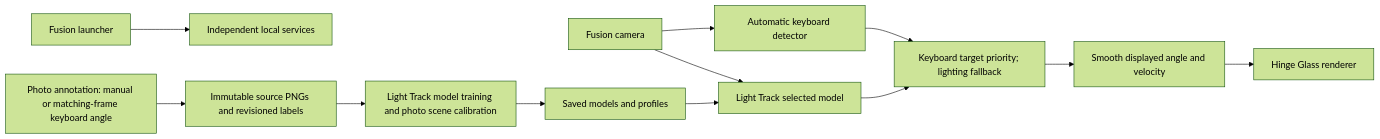
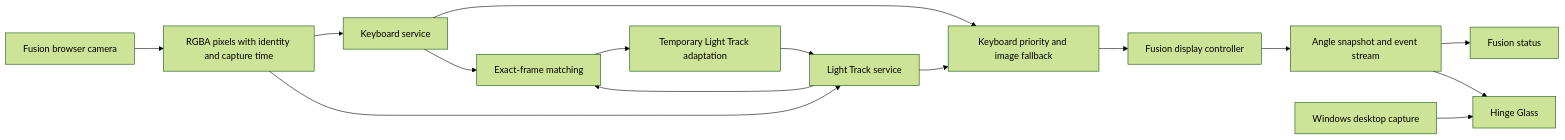
Before and after one commit to Comb1e/windows-turn: the first of 2 diagrams in docs/architecture.md, drawn with Mermaid (forest theme). The commit also changed other lines of this file and 10 other files, not shown here.

Commit message:
docs(architecture): align documentation with current workflows

````diff
--- a/docs/architecture.md
+++ b/docs/architecture.md
@@ -3,14 +17,17 @@
 ```mermaid
 flowchart LR
-  Start[Fusion launcher] --> Services[Independent local services]
-  Annotation[Photo annotation: manual or matching-frame keyboard angle] --> Photos[Immutable source PNGs and revisioned labels]
-  Photos --> Train[Light Track model training and photo scene calibration]
-  Train --> Saved[Saved models and profiles]
-  Camera[Fusion camera] --> Keyboard[Automatic keyboard detector]
-  Camera --> Light[Light Track selected model]
-  Saved --> Light
-  Keyboard --> Fusion[Keyboard target priority; lighting fallback]
-  Light --> Fusion
-  Fusion --> Display[Smooth displayed angle and velocity]
-  Display --> Glass[Hinge Glass renderer]
+  Camera[Fusion browser camera] --> Frames[RGBA pixels with identity and capture time]
+  Frames --> Keyboard[Keyboard service]
+  Frames --> Light[Light Track service]
+  Keyboard --> Select[Keyboard priority and image fallback]
+  Light --> Select
+  Keyboard --> Pair[Exact-frame matching]
+  Light --> Pair
+  Pair --> Adapt[Temporary Light Track adaptation]
+  Adapt --> Light
+  Select --> Display[Fusion display controller]
+  Display --> API[Angle snapshot and event stream]
+  API --> UI[Fusion status]
+  API --> Glass[Hinge Glass]
+  Desktop[Windows desktop capture] --> Glass
 ```
````
